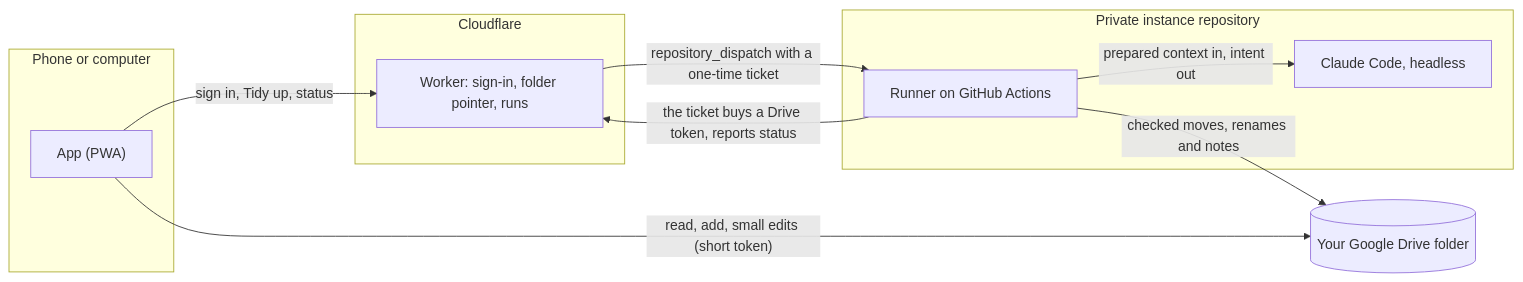
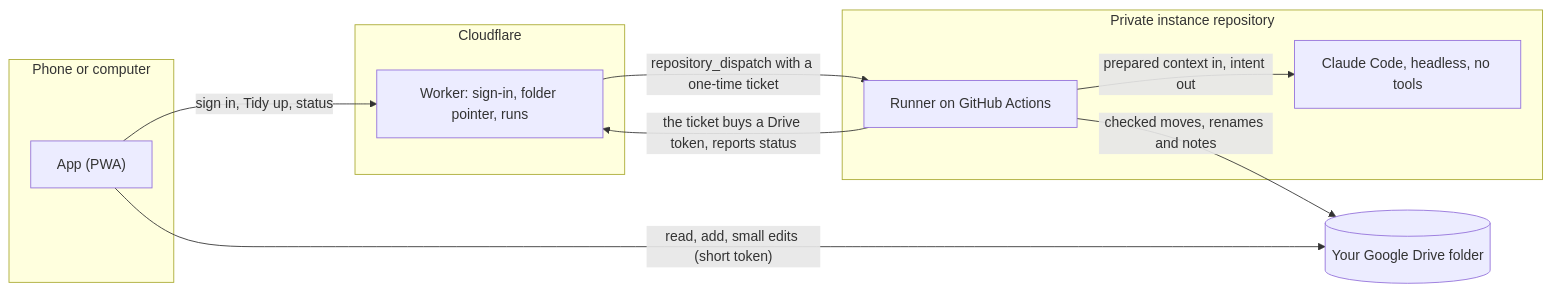
Before and after one commit to deluispablo/bower: the first of 2 diagrams in README.md, drawn with Mermaid. The commit also changed other lines of this file and 1 other file, not shown here.

````diff
--- a/README.md
+++ b/README.md
@@ -128,21 +152,21 @@
 ```mermaid
 flowchart LR
     subgraph device["Phone or computer"]
         App["App (PWA)"]
     end
     subgraph cf["Cloudflare"]
         Worker["Worker: sign-in, folder pointer, runs"]
     end
     subgraph actions["Private instance repository"]
         Runner["Runner on GitHub Actions"]
-        Claude["Claude Code, headless"]
+        Claude["Claude Code, headless, no tools"]
     end
     Drive[("Your Google Drive folder")]
 
     App -- "sign in, Tidy up, status" --> Worker
     App -- "read, add, small edits (short token)" --> Drive
     Worker -- "repository_dispatch with a one-time ticket" --> Runner
     Runner -- "the ticket buys a Drive token, reports status" --> Worker
     Runner -- "prepared context in, intent out" --> Claude
     Runner -- "checked moves, renames and notes" --> Drive
 ```
````
